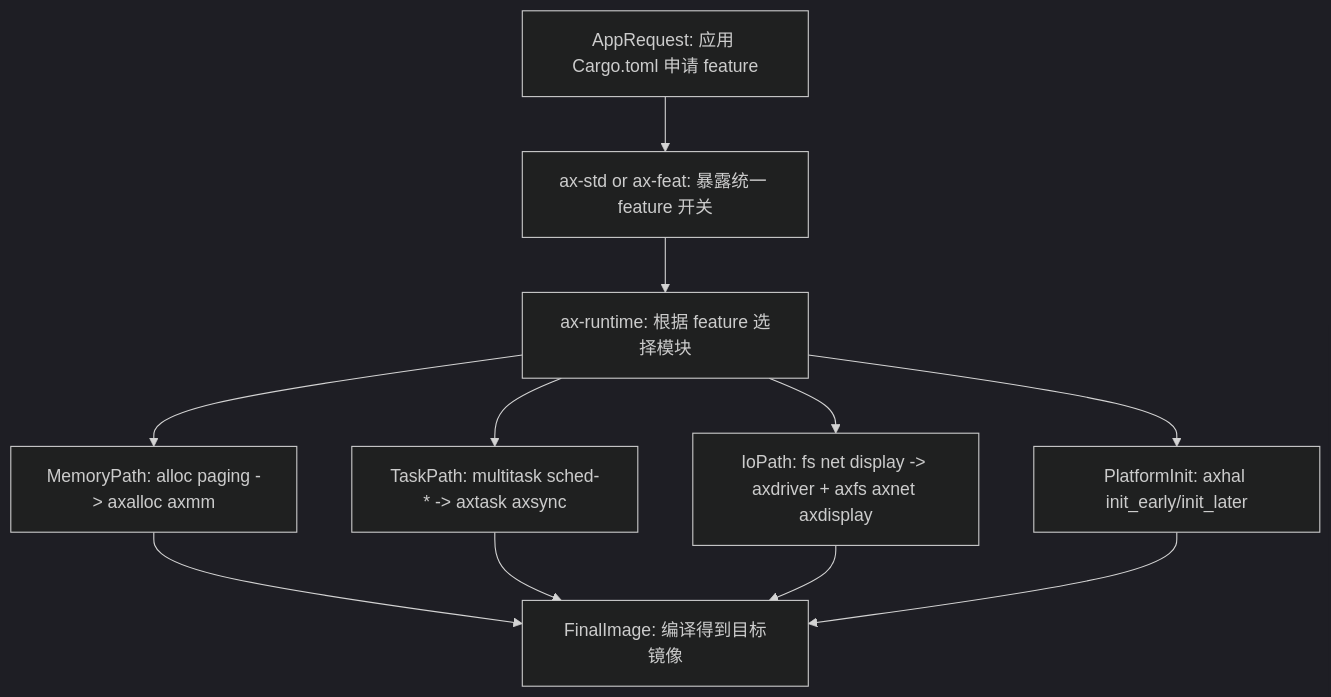
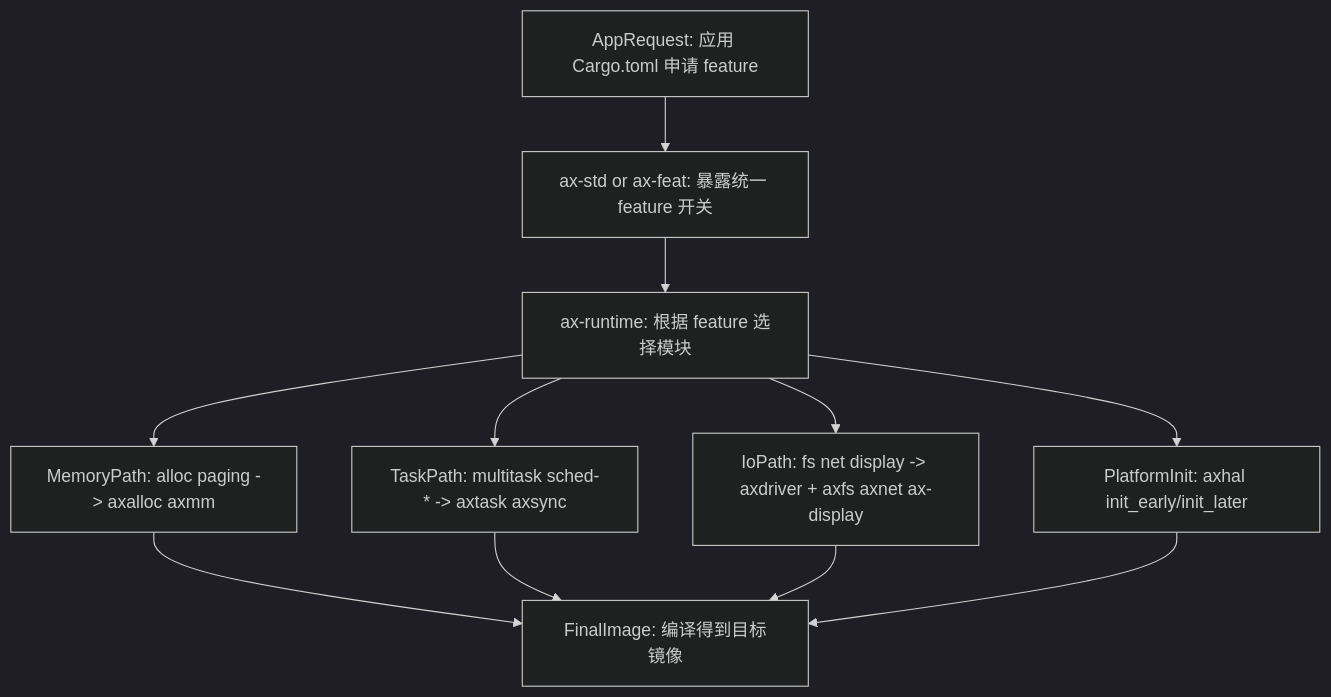
One commit to zKurisu/tgoskits changed the second of 5 diagrams in docs/arceos-internals.md. Above: the diagram before and after it, drawn with Mermaid (dark theme). The commit also changed other lines of this file and 42 other files, not shown here.

Commit message:
rename axdisplay to ax-display

````diff
--- a/docs/arceos-internals.md
+++ b/docs/arceos-internals.md
@@ -122,22 +122,22 @@
 ```mermaid
 flowchart TD
     appRequest["AppRequest: 应用 Cargo.toml 申请 feature"]
     axstdAxfeat["ax-std or ax-feat: 暴露统一 feature 开关"]
     runtimeGate["ax-runtime: 根据 feature 选择模块"]
     memPath["MemoryPath: alloc paging -> axalloc axmm"]
     taskPath["TaskPath: multitask sched-* -> axtask axsync"]
-    ioPath["IoPath: fs net display -> axdriver + axfs axnet axdisplay"]
+    ioPath["IoPath: fs net display -> axdriver + axfs axnet ax-display"]
     platformInit["PlatformInit: axhal init_early/init_later"]
     finalImage["FinalImage: 编译得到目标镜像"]
 
     appRequest --> axstdAxfeat
     axstdAxfeat --> runtimeGate
     runtimeGate --> memPath
     runtimeGate --> taskPath
     runtimeGate --> ioPath
     runtimeGate --> platformInit
     memPath --> finalImage
     taskPath --> finalImage
     ioPath --> finalImage
     platformInit --> finalImage
 ```
````
